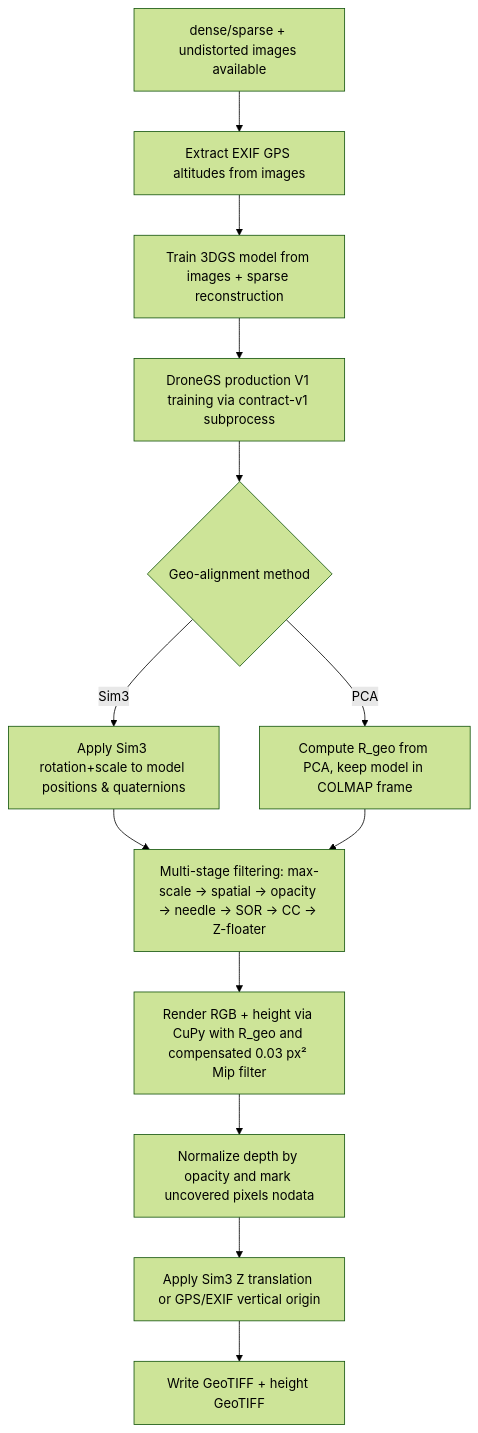
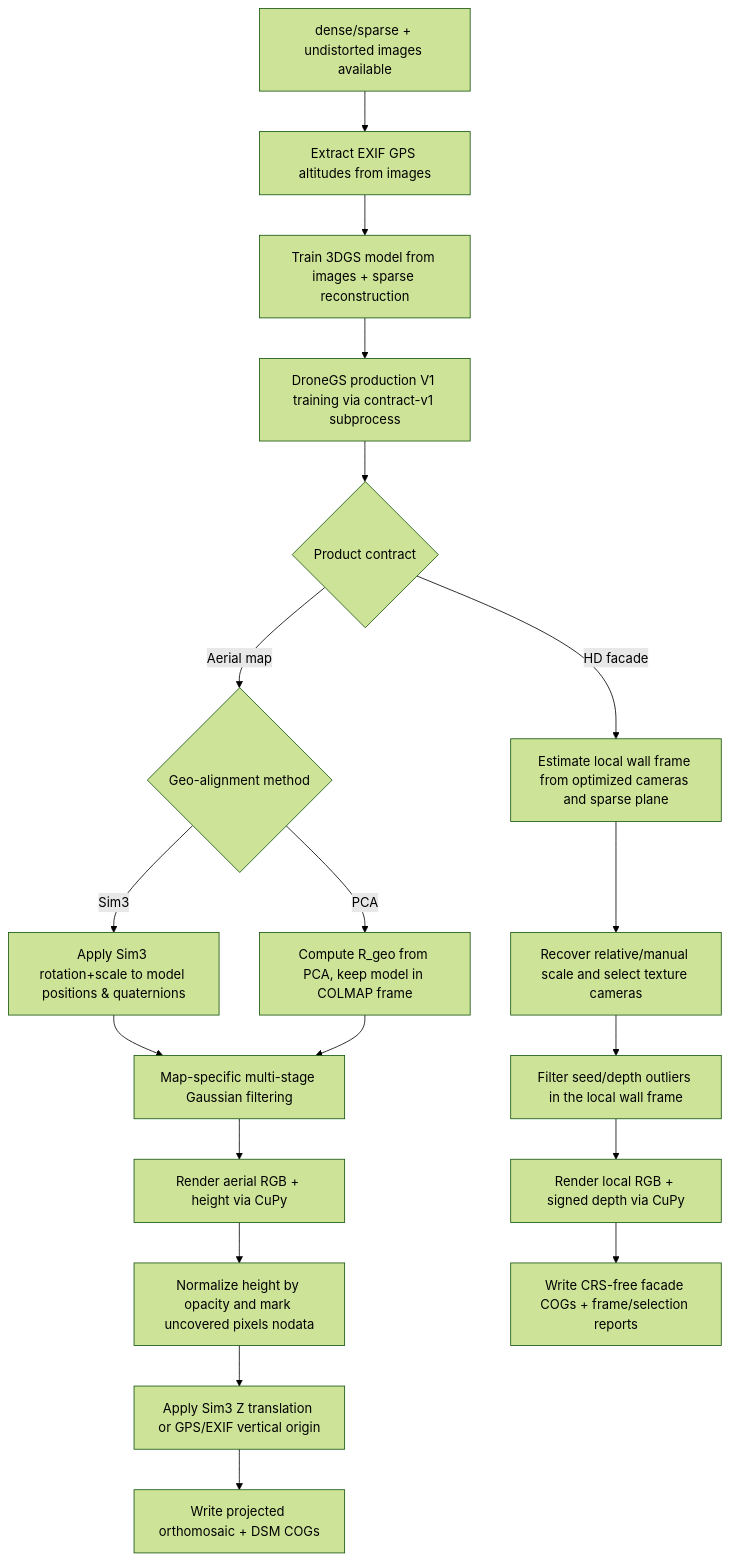
Before and after one commit to olivelb/DroneAI: the fourth of 7 diagrams in DOCUMENTATION.md, drawn with Mermaid (forest theme). The commit also changed other lines of this file and 90 other files, not shown here.

````diff
--- a/DOCUMENTATION.md
+++ b/DOCUMENTATION.md
@@ -1310,15 +1376,21 @@
 ```mermaid
 flowchart TD
   A[dense/sparse + undistorted images available] --> C0[Extract EXIF GPS altitudes from images]
   C0 --> C[Train 3DGS model from images + sparse reconstruction]
   C --> C1[DroneGS production V1 training via contract-v1 subprocess]
-  C1 --> C2{Geo-alignment method}
+  C1 --> P{Product contract}
+  P -->|Aerial map| C2{Geo-alignment method}
   C2 -->|Sim3| D1[Apply Sim3 rotation+scale to model positions & quaternions]
   C2 -->|PCA| D2[Compute R_geo from PCA, keep model in COLMAP frame]
-  D1 --> D[Multi-stage filtering: max-scale → spatial → opacity → needle → SOR → CC → Z-floater]
+  D1 --> D[Map-specific multi-stage Gaussian filtering]
   D2 --> D
-  D --> E[Render RGB + height via CuPy with R_geo and compensated 0.03 px² Mip filter]
-  E --> E1[Normalize depth by opacity and mark uncovered pixels nodata]
+  D --> E[Render aerial RGB + height via CuPy]
+  E --> E1[Normalize height by opacity and mark uncovered pixels nodata]
   E1 --> E2[Apply Sim3 Z translation or GPS/EXIF vertical origin]
-  E2 --> H[Write GeoTIFF + height GeoTIFF]
+  E2 --> H[Write projected orthomosaic + DSM COGs]
+  P -->|HD facade| F1[Estimate local wall frame from optimized cameras and sparse plane]
+  F1 --> F2[Recover relative/manual scale and select texture cameras]
+  F2 --> F3[Filter seed/depth outliers in the local wall frame]
+  F3 --> F4[Render local RGB + signed depth via CuPy]
+  F4 --> F5[Write CRS-free facade COGs + frame/selection reports]
 ```
````
